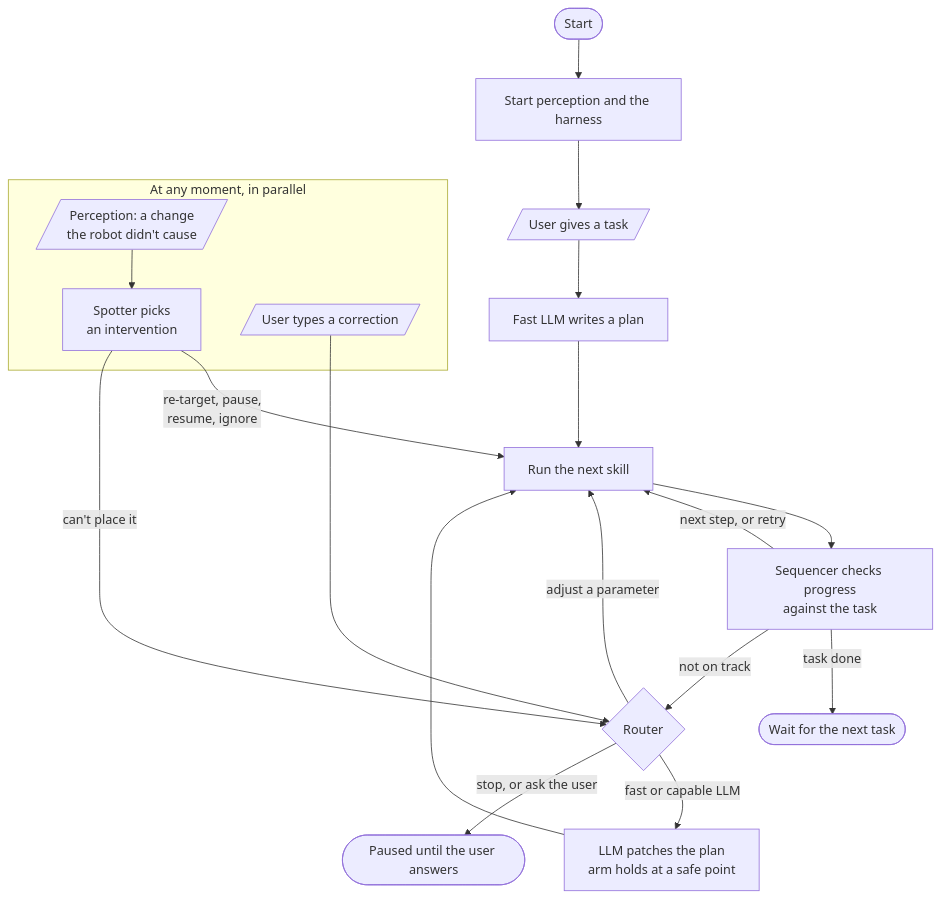
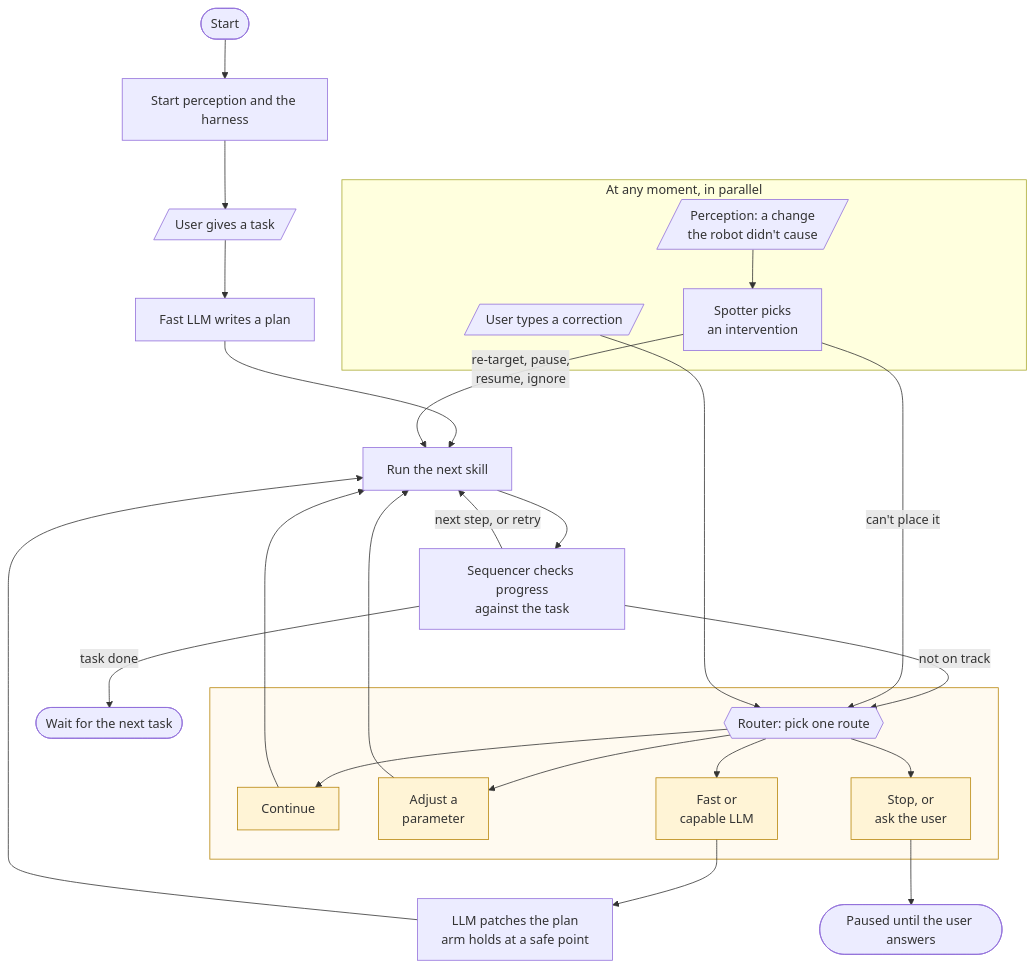
The second of 7 diagrams in docs/v2-diagrams.md (alee792/robojev), drawn with Mermaid before and after one commit.

Commit message:
v2 workflow diagram: Router drawn as one box split into its routes
Claude-Session: https://claude.ai/code/session_01CGZubyWJJ7TBJUq65bzhRP

````diff
--- a/docs/v2-diagrams.md
+++ b/docs/v2-diagrams.md
@@ -53,23 +53,36 @@
 ```mermaid
 flowchart TB
     start([Start]) --> boot[Start perception and the harness]
     boot --> task[/User gives a task/]
     task --> plan[Fast LLM writes a plan]
     plan --> run[Run the next skill]
     run --> seq[Sequencer checks progress<br/>against the task]
     seq -- "next step, or retry" --> run
     seq -- "task done" --> done([Wait for the next task])
-    seq -- "not on track" --> router{Router}
-    router -- "adjust a parameter" --> run
-    router -- "fast or capable LLM" --> patch[LLM patches the plan<br/>arm holds at a safe point]
+    seq -- "not on track" --> r_in
+
+    subgraph router [" "]
+        r_in{{Router: pick one route}}
+        r_in --> r_go[Continue]
+        r_in --> r_adj[Adjust a<br/>parameter]
+        r_in --> r_llm[Fast or<br/>capable LLM]
+        r_in --> r_stop[Stop, or<br/>ask the user]
+    end
+    r_go --> run
+    r_adj --> run
+    r_llm --> patch[LLM patches the plan<br/>arm holds at a safe point]
     patch --> run
-    router -- "stop, or ask the user" --> paused([Paused until the user answers])
+    r_stop --> paused([Paused until the user answers])
 
     subgraph anytime [At any moment, in parallel]
         change[/Perception: a change<br/>the robot didn't cause/] --> spotter[Spotter picks<br/>an intervention]
         corr[/User types a correction/]
     end
     spotter -- "re-target, pause,<br/>resume, ignore" --> run
-    spotter -- "can't place it" --> router
-    corr --> router
+    spotter -- "can't place it" --> r_in
+    corr --> r_in
+
+    classDef route fill:#fff4d6,stroke:#b8860b
+    class r_go,r_adj,r_llm,r_stop route
+    style router fill:#fffaf0,stroke:#b8860b
 ```
````
